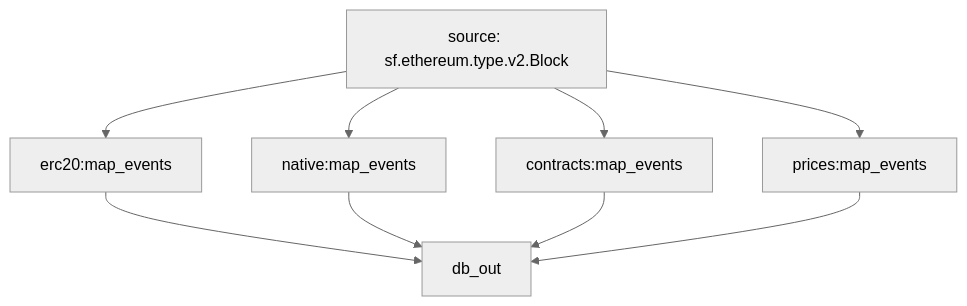
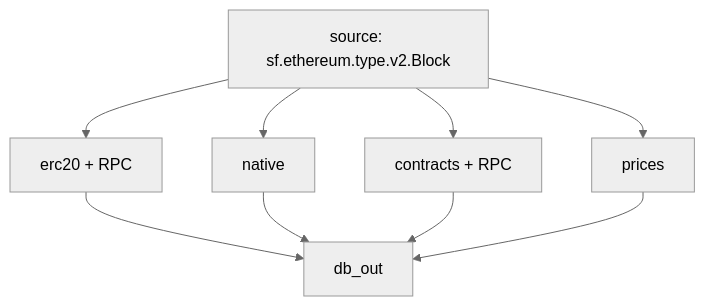
The diagram in README.md (streamingfast/substreams-erc20-balance-changes), drawn with Mermaid (neutral theme) before and after one commit. The commit also changed other lines of this file and 22 other files, not shown here.

Commit message:
add erc20-rpc

````diff
--- a/README.md
+++ b/README.md
@@ -24,9 +24,9 @@
 ```mermaid
 graph TD;
   Block[source: sf.ethereum.type.v2.Block]
 
-  Block --> erc20:map_events --> db_out;
-  Block --> native:map_events --> db_out;
-  Block --> contracts:map_events --> db_out;
-  Block --> prices:map_events --> db_out;
+  Block --> erc20[erc20 + RPC] --> db_out;
+  Block --> native --> db_out;
+  Block --> contracts[contracts + RPC] --> db_out;
+  Block --> prices --> db_out;
 ```
````
